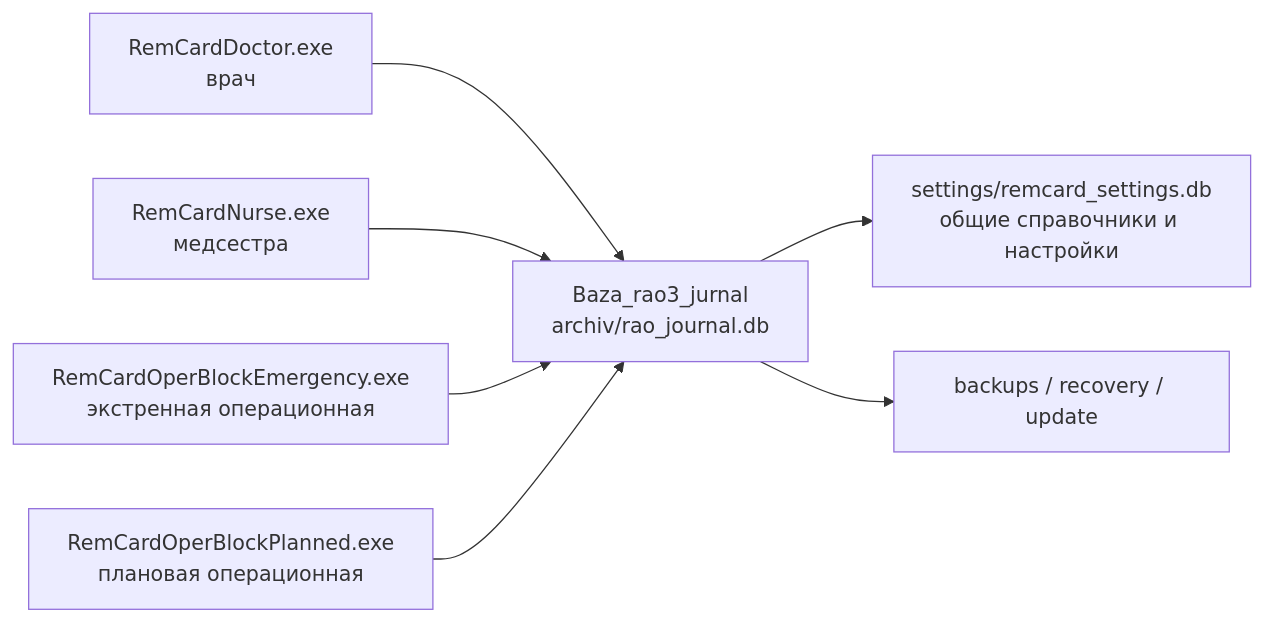
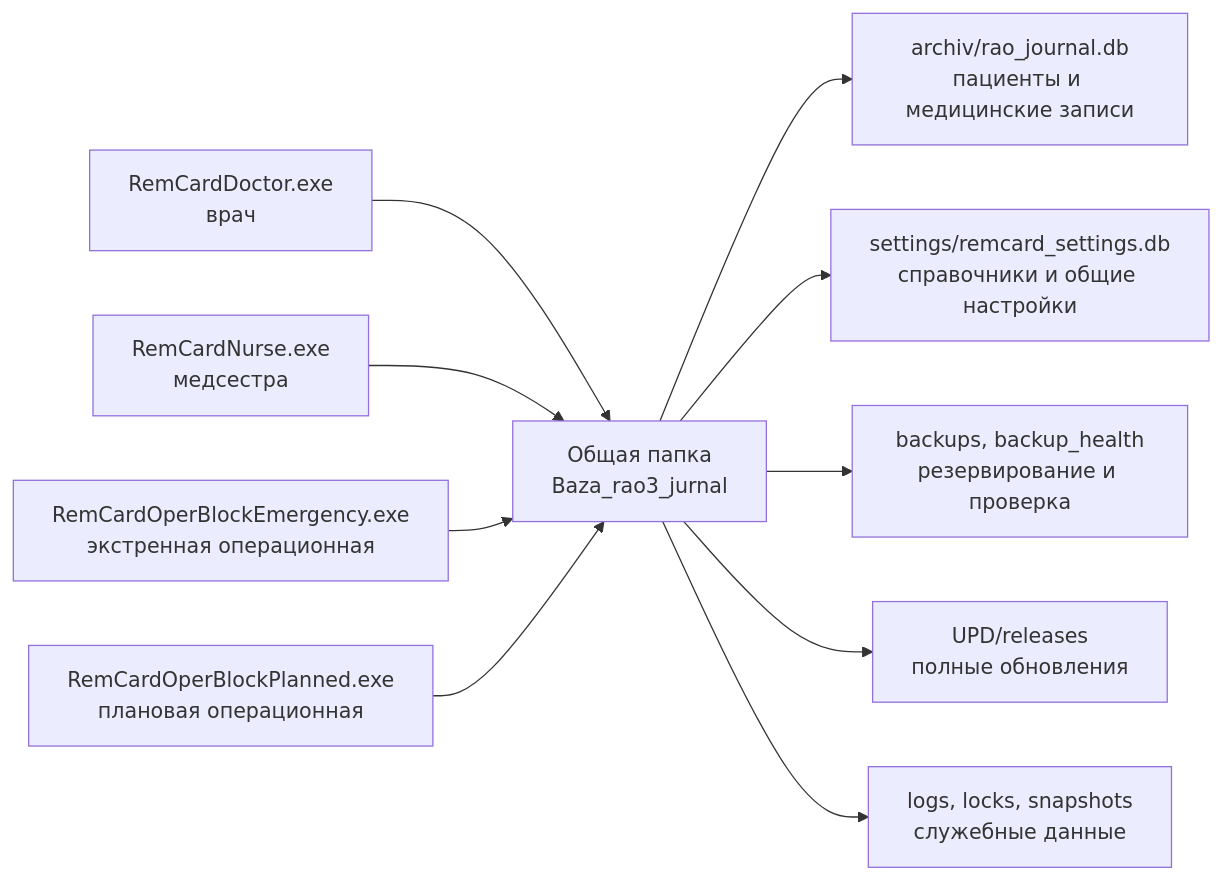
Before and after one commit to Donkiton/rem_card: the diagram in README.md, drawn with Mermaid. The commit also changed other lines of this file, not shown here.

````diff
--- a/README.md
+++ b/README.md
@@ -96,9 +162,12 @@
 ```mermaid
 flowchart LR
-    Doctor["RemCardDoctor.exe<br/>врач"] --> DB["Baza_rao3_jurnal<br/>archiv/rao_journal.db"]
-    Nurse["RemCardNurse.exe<br/>медсестра"] --> DB
-    OpE["RemCardOperBlockEmergency.exe<br/>экстренная операционная"] --> DB
-    OpP["RemCardOperBlockPlanned.exe<br/>плановая операционная"] --> DB
-    DB --> Settings["settings/remcard_settings.db<br/>общие справочники и настройки"]
-    DB --> Backup["backups / recovery / update"]
+    Doctor["RemCardDoctor.exe<br/>врач"] --> Baza["Общая папка<br/>Baza_rao3_jurnal"]
+    Nurse["RemCardNurse.exe<br/>медсестра"] --> Baza
+    OpE["RemCardOperBlockEmergency.exe<br/>экстренная операционная"] --> Baza
+    OpP["RemCardOperBlockPlanned.exe<br/>плановая операционная"] --> Baza
+    Baza --> Medical["archiv/rao_journal.db<br/>пациенты и медицинские записи"]
+    Baza --> Settings["settings/remcard_settings.db<br/>справочники и общие настройки"]
+    Baza --> Backups["backups, backup_health<br/>резервирование и проверка"]
+    Baza --> Updates["UPD/releases<br/>полные обновления"]
+    Baza --> Runtime["logs, locks, snapshots<br/>служебные данные"]
 ```
````
